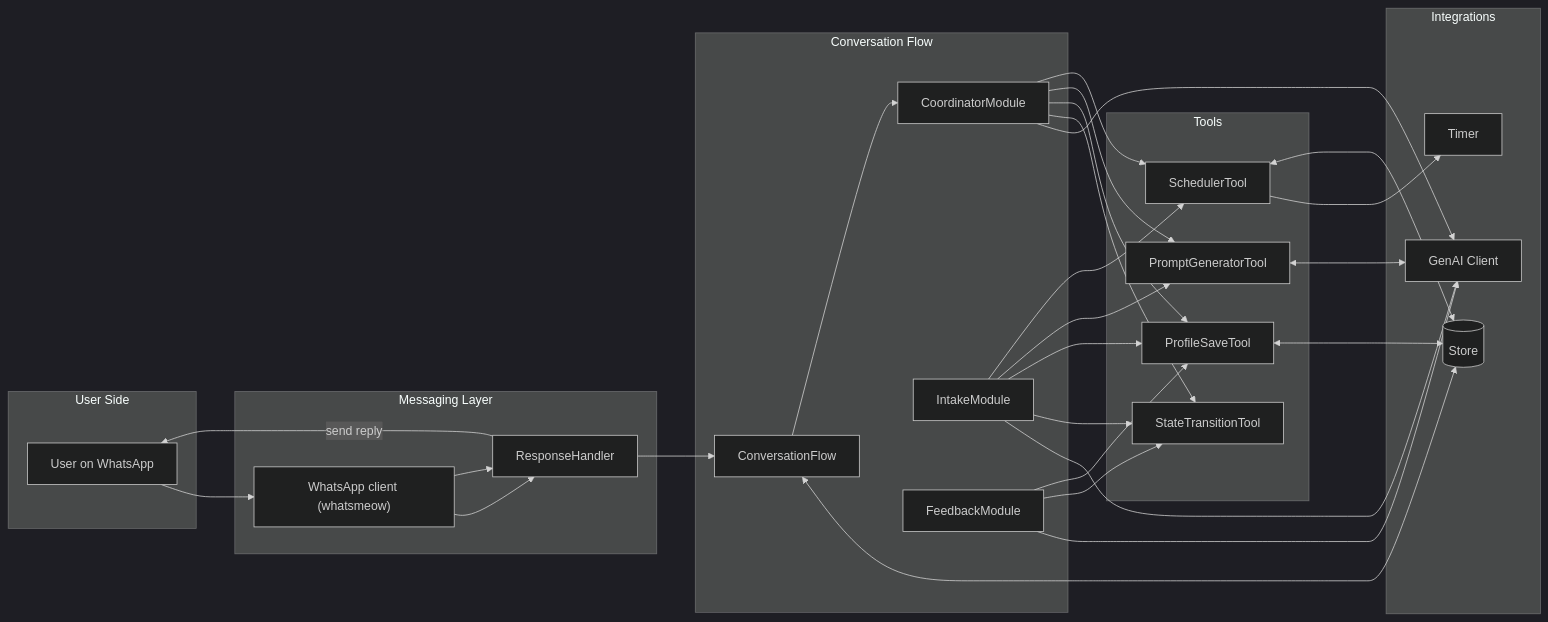
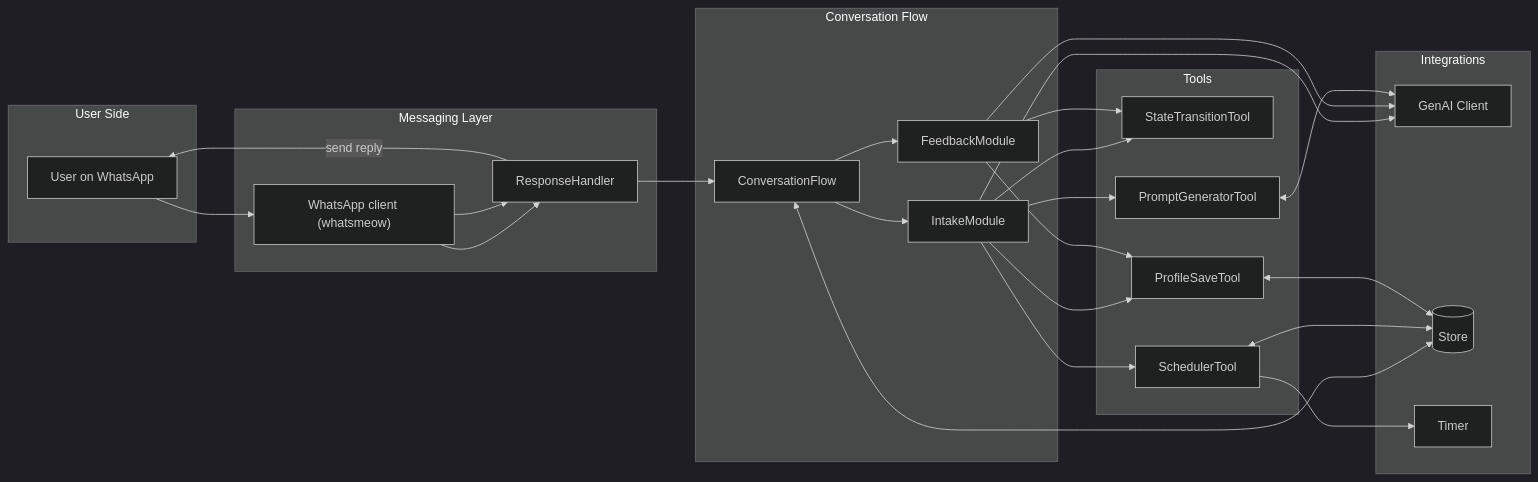
The first of 5 diagrams in docs/conversation-flow-architecture.md (BTreeMap/PromptPipe), drawn with Mermaid (dark theme) before and after one commit. The commit also changed other lines of this file and 1 other file, not shown here.

Commit message:
docs(conversation-flow): update architecture documentation to reflect current module wiring and remove legacy coordinator references

````diff
--- a/docs/conversation-flow-architecture.md
+++ b/docs/conversation-flow-architecture.md
@@ -43,52 +43,47 @@
 ```mermaid
 flowchart LR
   subgraph User Side
     U[User on WhatsApp]
   end
 
   subgraph Messaging Layer
     WA["WhatsApp client (whatsmeow)"] --> RH[ResponseHandler]
   end
 
   subgraph Conversation Flow
     CF[ConversationFlow]
-    CM[CoordinatorModule]
     IM[IntakeModule]
     FM[FeedbackModule]
   end
 
   subgraph Tools
     ST[StateTransitionTool]
     PST[ProfileSaveTool]
     PGT[PromptGeneratorTool]
     SCH[SchedulerTool]
   end
 
   subgraph Integrations
     GA[GenAI Client]
     STOR[(Store)]
     TMR[Timer]
   end
 
   U --> WA --> RH --> CF
   CF <---> STOR
-  CF --> CM
-  CM --> GA
-  CM --> ST
-  CM --> PST
-  CM --> PGT
-  CM --> SCH
+  CF --> IM
+  CF --> FM
   IM --> GA
   IM --> ST
   IM --> PST
   IM --> PGT
   IM --> SCH
   FM --> GA
   FM --> ST
   FM --> PST
   SCH --> TMR
   SCH <---> STOR
   PGT <---> GA
   PST <---> STOR
   RH -->|send reply| U
 ```
````
